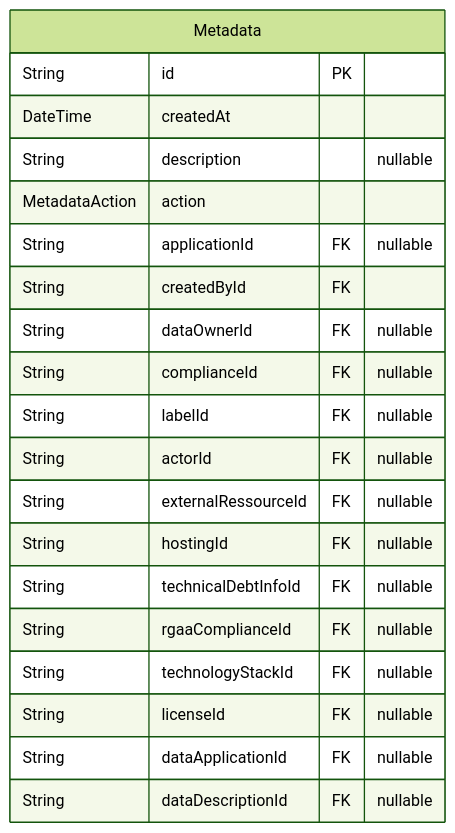
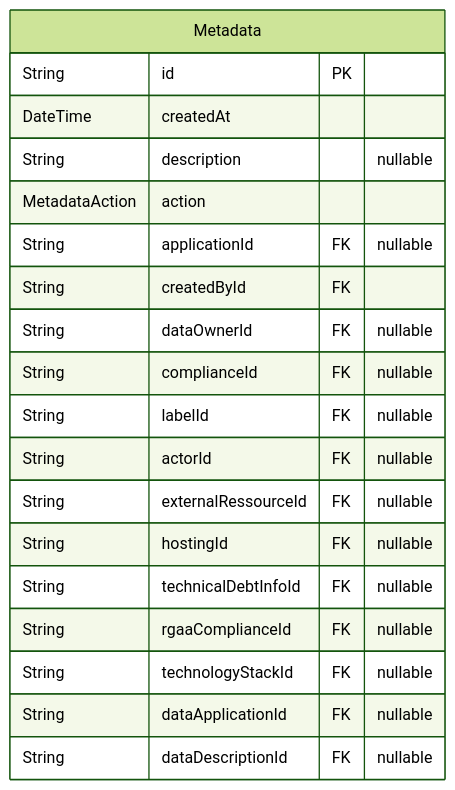
The seventh of 14 diagrams in backend/prisma/docs/schema.md (dnum-mi/referentiel-applications), drawn with Mermaid (forest theme) before and after one commit. The commit also changed other lines of this file and 8 other files, not shown here.

````diff
--- a/backend/prisma/docs/schema.md
+++ b/backend/prisma/docs/schema.md
@@ -672,23 +645,22 @@
 ```mermaid
 erDiagram
 "Metadata" {
   String id PK
   DateTime createdAt
   String description "nullable"
   MetadataAction action
   String applicationId FK "nullable"
   String createdById FK
   String dataOwnerId FK "nullable"
   String complianceId FK "nullable"
   String labelId FK "nullable"
   String actorId FK "nullable"
   String externalRessourceId FK "nullable"
   String hostingId FK "nullable"
   String technicalDebtInfoId FK "nullable"
   String rgaaComplianceId FK "nullable"
   String technologyStackId FK "nullable"
-  String licenseId FK "nullable"
   String dataApplicationId FK "nullable"
   String dataDescriptionId FK "nullable"
 }
 ```
````
